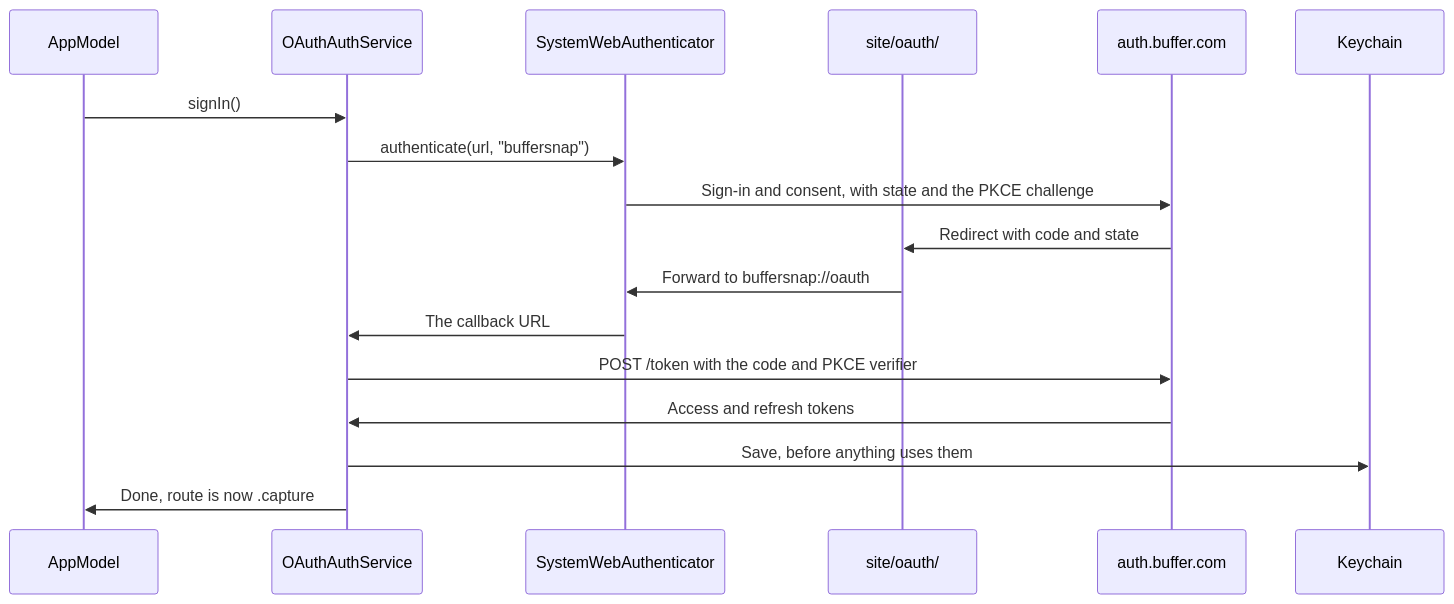
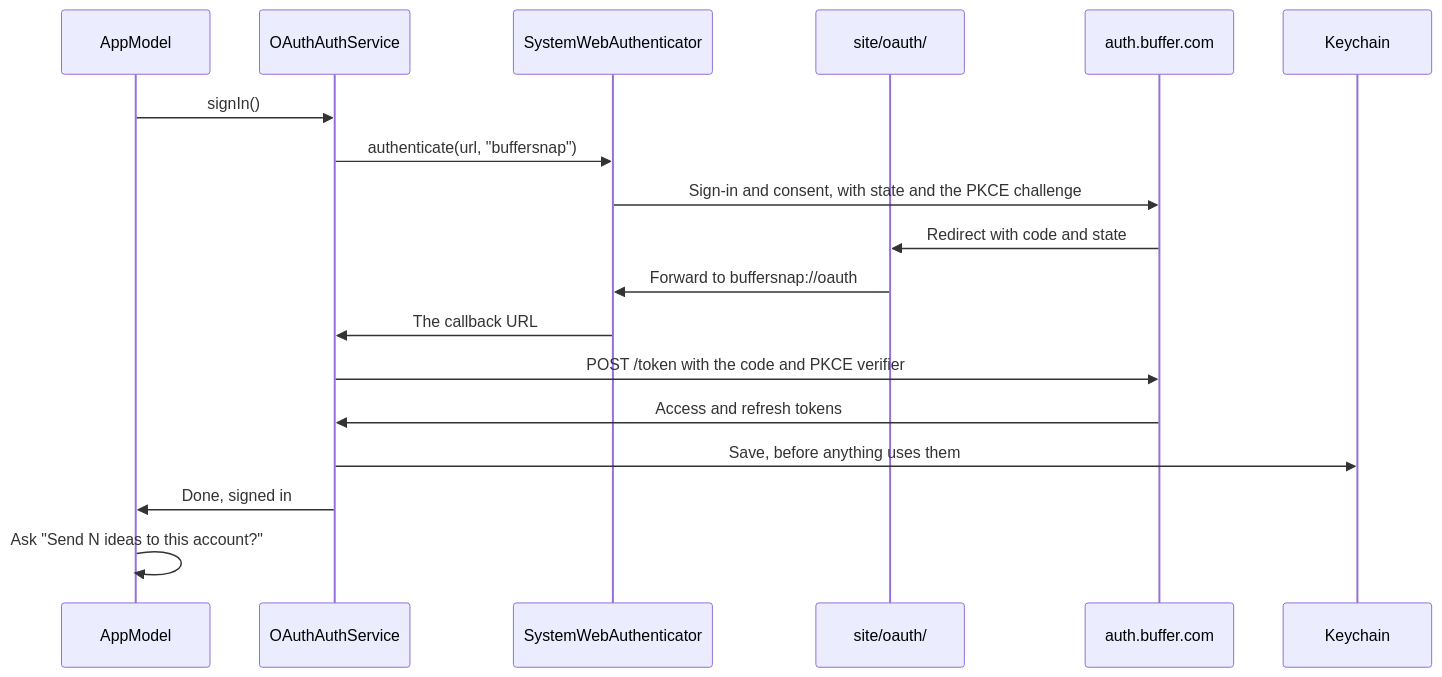
The third of 7 diagrams in docs/architecture.md (southp/buffer-snap), drawn with Mermaid before and after one commit. The commit also changed other lines of this file and 12 other files, not shown here.

````diff
--- a/docs/architecture.md
+++ b/docs/architecture.md
@@ -137,19 +137,20 @@
 ```mermaid
 sequenceDiagram
     participant Model as AppModel
     participant Auth as OAuthAuthService
     participant Web as SystemWebAuthenticator
     participant Page as site/oauth/
     participant Buffer as auth.buffer.com
     participant Keychain
     Model->>Auth: signIn()
     Auth->>Web: authenticate(url, "buffersnap")
     Web->>Buffer: Sign-in and consent, with state and the PKCE challenge
     Buffer->>Page: Redirect with code and state
     Page->>Web: Forward to buffersnap://oauth
     Web->>Auth: The callback URL
     Auth->>Buffer: POST /token with the code and PKCE verifier
     Buffer->>Auth: Access and refresh tokens
     Auth->>Keychain: Save, before anything uses them
-    Auth->>Model: Done, route is now .capture
+    Auth->>Model: Done, signed in
+    Model->>Model: Ask "Send N ideas to this account?"
 ```
````
